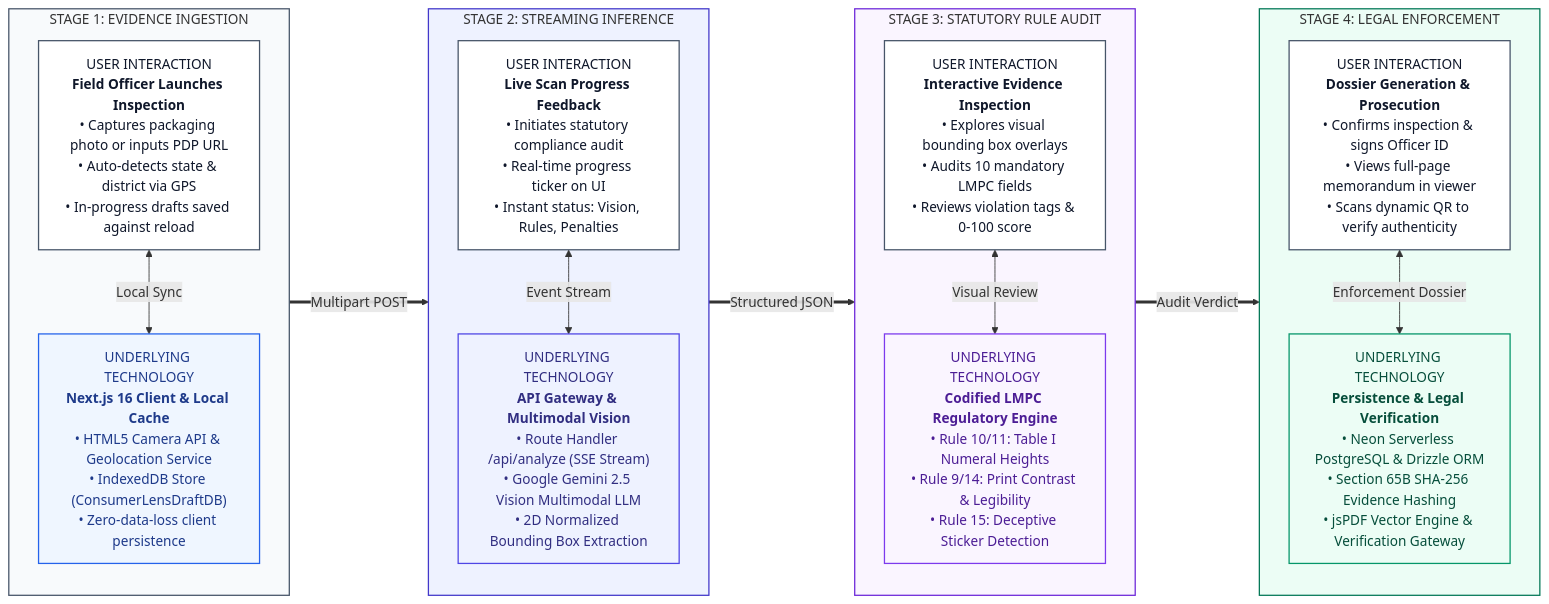
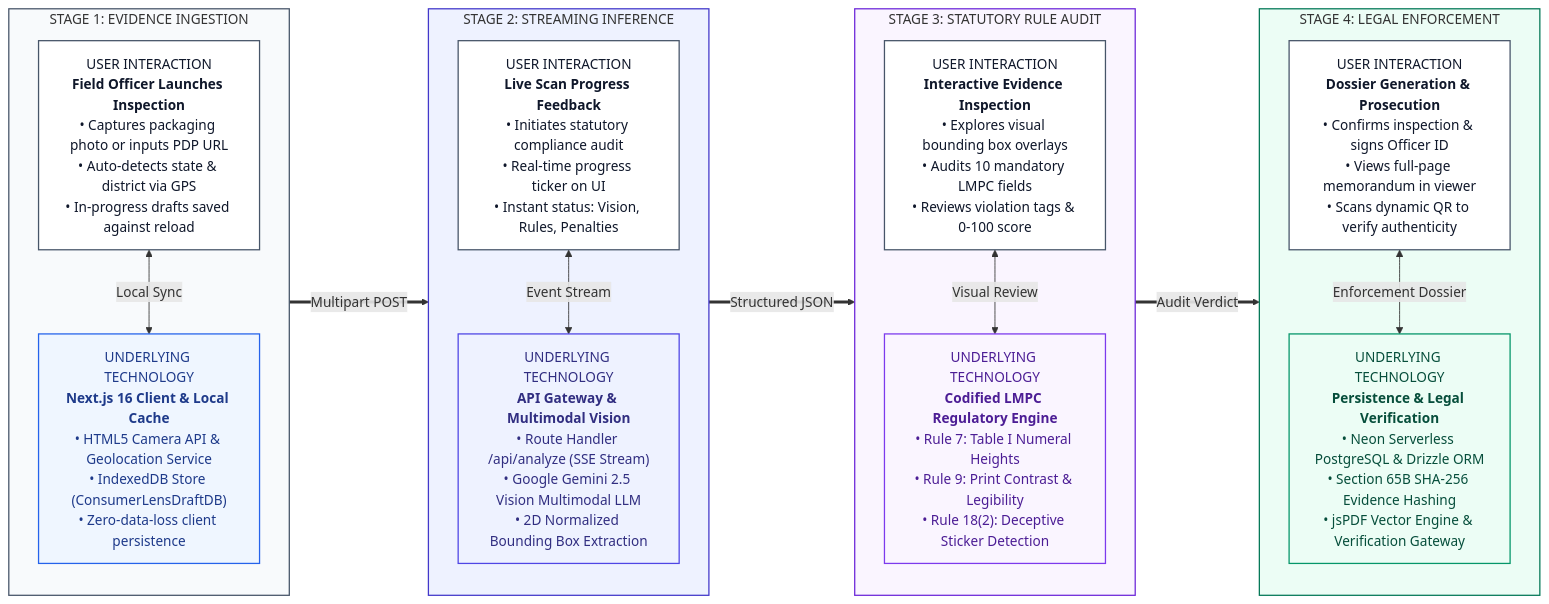
The second of 6 diagrams in ARCHITECTURE.md (aryy8/consumer-lens), drawn with Mermaid before and after one commit. The commit also changed other lines of this file and 8 other files, not shown here.

Commit message:
fix(lmpc): correct statutory rule citations and swap between Rule 6(1)(c) Net Quantity and Rule 6(1)(e) MRP

````diff
--- a/ARCHITECTURE.md
+++ b/ARCHITECTURE.md
@@ -51,46 +51,46 @@
 ```mermaid
 flowchart LR
     subgraph S1 ["STAGE 1: EVIDENCE INGESTION"]
         direction TB
         U1["USER INTERACTION<br/><b>Field Officer Launches Inspection</b><br/>• Captures packaging photo or inputs PDP URL<br/>• Auto-detects state & district via GPS<br/>• In-progress drafts saved against reload"]
         T1["UNDERLYING TECHNOLOGY<br/><b>Next.js 16 Client & Local Cache</b><br/>• HTML5 Camera API & Geolocation Service<br/>• IndexedDB Store (ConsumerLensDraftDB)<br/>• Zero-data-loss client persistence"]
         U1 <-->|"Local Sync"| T1
     end
 
     subgraph S2 ["STAGE 2: STREAMING INFERENCE"]
         direction TB
         U2["USER INTERACTION<br/><b>Live Scan Progress Feedback</b><br/>• Initiates statutory compliance audit<br/>• Real-time progress ticker on UI<br/>• Instant status: Vision, Rules, Penalties"]
         T2["UNDERLYING TECHNOLOGY<br/><b>API Gateway & Multimodal Vision</b><br/>• Route Handler /api/analyze (SSE Stream)<br/>• Google Gemini 2.5 Vision Multimodal LLM<br/>• 2D Normalized Bounding Box Extraction"]
         U2 <-->|"Event Stream"| T2
     end
 
     subgraph S3 ["STAGE 3: STATUTORY RULE AUDIT"]
         direction TB
         U3["USER INTERACTION<br/><b>Interactive Evidence Inspection</b><br/>• Explores visual bounding box overlays<br/>• Audits 10 mandatory LMPC fields<br/>• Reviews violation tags & 0-100 score"]
-        T3["UNDERLYING TECHNOLOGY<br/><b>Codified LMPC Regulatory Engine</b><br/>• Rule 10/11: Table I Numeral Heights<br/>• Rule 9/14: Print Contrast & Legibility<br/>• Rule 15: Deceptive Sticker Detection"]
+        T3["UNDERLYING TECHNOLOGY<br/><b>Codified LMPC Regulatory Engine</b><br/>• Rule 7: Table I Numeral Heights<br/>• Rule 9: Print Contrast & Legibility<br/>• Rule 18(2): Deceptive Sticker Detection"]
         U3 <-->|"Visual Review"| T3
     end
 
     subgraph S4 ["STAGE 4: LEGAL ENFORCEMENT"]
         direction TB
         U4["USER INTERACTION<br/><b>Dossier Generation & Prosecution</b><br/>• Confirms inspection & signs Officer ID<br/>• Views full-page memorandum in viewer<br/>• Scans dynamic QR to verify authenticity"]
         T4["UNDERLYING TECHNOLOGY<br/><b>Persistence & Legal Verification</b><br/>• Neon Serverless PostgreSQL & Drizzle ORM<br/>• Section 65B SHA-256 Evidence Hashing<br/>• jsPDF Vector Engine & Verification Gateway"]
         U4 <-->|"Enforcement Dossier"| T4
     end
 
     S1 ==>|"Multipart POST"| S2 ==>|"Structured JSON"| S3 ==>|"Audit Verdict"| S4
 
     style S1 fill:#F8FAFC,stroke:#475569,stroke-width:1.5px
     style S2 fill:#EEF2FF,stroke:#4338CA,stroke-width:1.5px
     style S3 fill:#FAF5FF,stroke:#6D28D9,stroke-width:1.5px
     style S4 fill:#ECFDF5,stroke:#047857,stroke-width:1.5px
 
     style U1 fill:#FFFFFF,stroke:#475569,stroke-width:1.5px,color:#0F172A
     style T1 fill:#EFF6FF,stroke:#2563EB,stroke-width:1.5px,color:#1E3A8A
     style U2 fill:#FFFFFF,stroke:#475569,stroke-width:1.5px,color:#0F172A
     style T2 fill:#EEF2FF,stroke:#4F46E5,stroke-width:1.5px,color:#312E81
     style U3 fill:#FFFFFF,stroke:#475569,stroke-width:1.5px,color:#0F172A
     style T3 fill:#FAF5FF,stroke:#7C3AED,stroke-width:1.5px,color:#4C1D95
     style U4 fill:#FFFFFF,stroke:#475569,stroke-width:1.5px,color:#0F172A
     style T4 fill:#ECFDF5,stroke:#059669,stroke-width:1.5px,color:#064E3B
 ```
````
